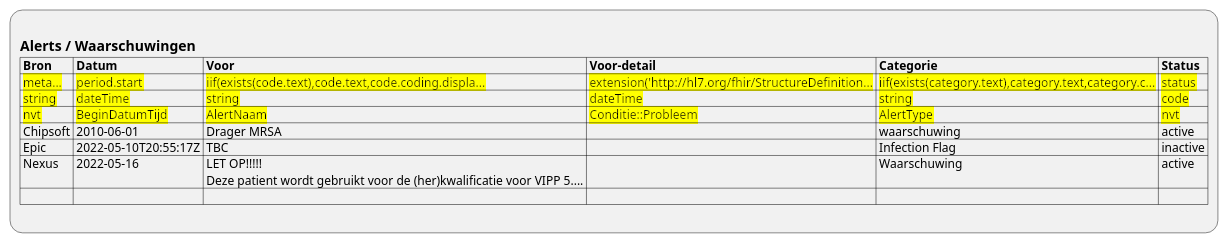
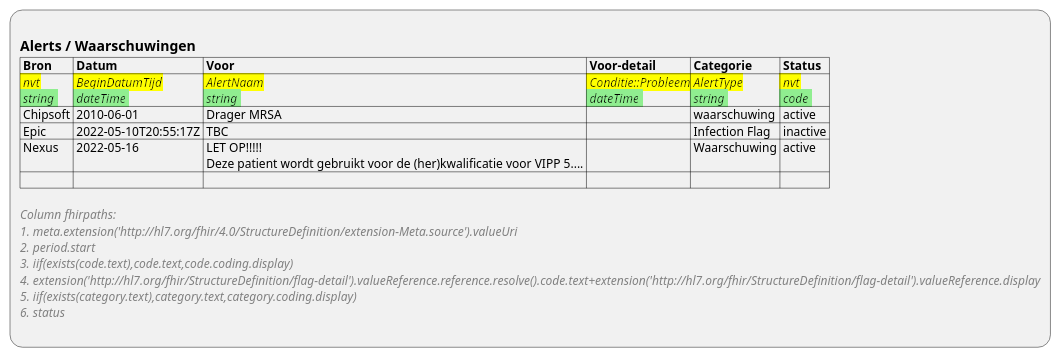
The diagram in input/images-source/ViewDefinition-Flag.plantuml (RIVO-Noord/zorgviewer-ig), drawn with PlantUML before and after one commit. The commit also changed 11 other files, not shown here.

```diff
--- a/input/images-source/ViewDefinition-Flag.plantuml
+++ b/input/images-source/ViewDefinition-Flag.plantuml
@@ -1,13 +1,19 @@
 @startuml ViewDefinition-Flag
 :
 == Alerts / Waarschuwingen
 |= Bron |= Datum |= Voor |= Voor-detail |= Categorie |= Status |
-|<back:yellow> meta... |<back:yellow> period.start |<back:yellow> iif(exists(code.text),code.text,code.coding.displa... |<back:yellow> extension('http://hl7.org/fhir/StructureDefinition... |<back:yellow> iif(exists(category.text),category.text,category.c... |<back:yellow> status |
-|<back:yellow> string |<back:yellow> dateTime |<back:yellow> string |<back:yellow> dateTime |<back:yellow> string |<back:yellow> code |
-|<back:yellow> nvt |<back:yellow> BeginDatumTijd |<back:yellow> AlertNaam |<back:yellow> Conditie::Probleem |<back:yellow> AlertType |<back:yellow> nvt |
+|<back:yellow> //nvt//\n<back:lightgreen> //string// |<back:yellow> //BeginDatumTijd//\n<back:lightgreen> //dateTime// |<back:yellow> //AlertNaam//\n<back:lightgreen> //string// |<back:yellow> //Conditie::Probleem//\n<back:lightgreen> //dateTime// |<back:yellow> //AlertType//\n<back:lightgreen> //string// |<back:yellow> //nvt//\n<back:lightgreen> //code// |
 | Chipsoft | 2010-06-01 | Drager MRSA |  | waarschuwing | active |
 | Epic | 2022-05-10T20:55:17Z | TBC |  | Infection Flag | inactive |
 | Nexus | 2022-05-16 | LET OP!!!!!\n Deze patient wordt gebruikt voor de (her)kwalificatie voor VIPP 5.... |  | Waarschuwing | active |
 | |
+
+<color:gray>//Column fhirpaths://
+<color:gray>//1. meta.extension('http:~//hl7.org/fhir/4.0/StructureDefinition/extension-Meta.source').valueUri//
+<color:gray>//2. period.start//
+<color:gray>//3. iif(exists(code.text),code.text,code.coding.display)//
+<color:gray>//4. extension('http:~//hl7.org/fhir/StructureDefinition/flag-detail').valueReference.reference.resolve().code.text+extension('http:~//hl7.org/fhir/StructureDefinition/flag-detail').valueReference.display//
+<color:gray>//5. iif(exists(category.text),category.text,category.coding.display)//
+<color:gray>//6. status//
 ;
 @enduml
```
